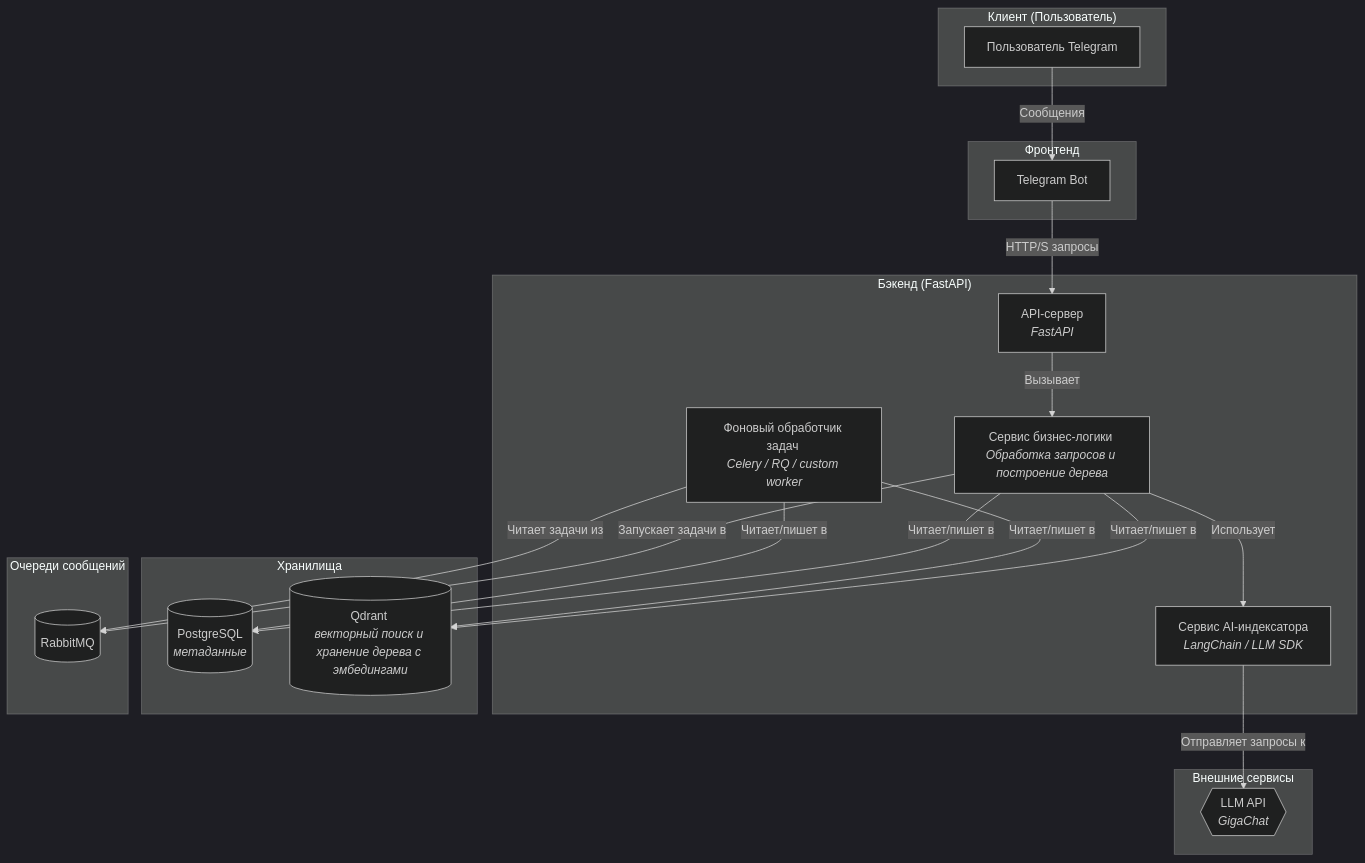
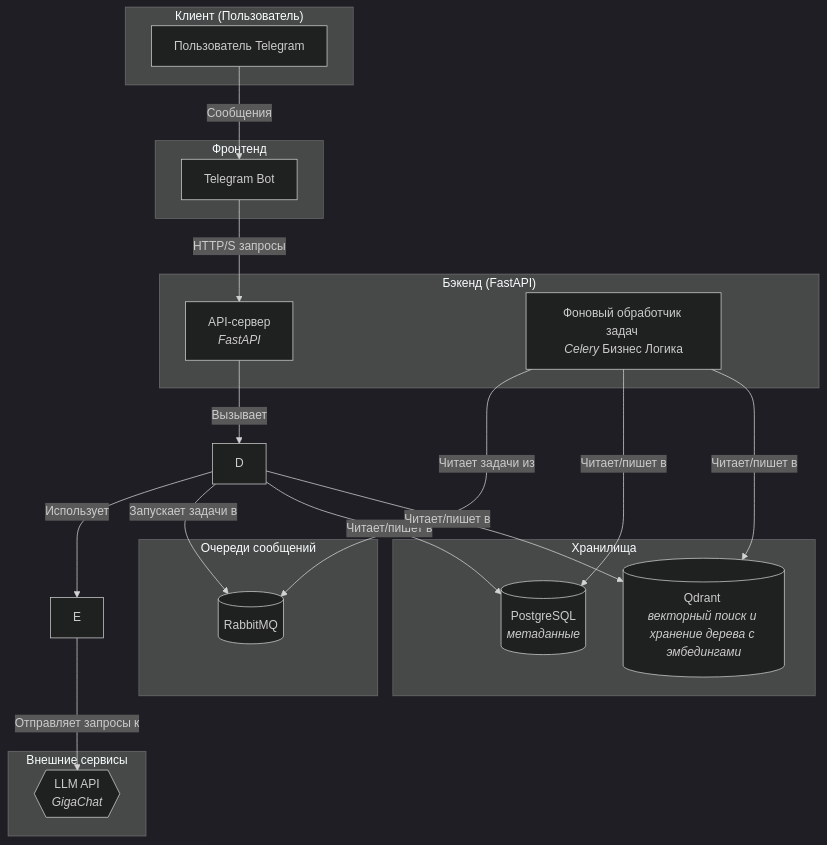
The diagram in Анастасия_Друзьянова/architect.MD (patolog123/Analyst-3.0), drawn with Mermaid (dark theme) before and after one commit.

````diff
--- a/Анастасия_Друзьянова/architect.MD
+++ b/Анастасия_Друзьянова/architect.MD
@@ -1,43 +1,41 @@
 ```mermaid
 graph TD
     subgraph "Клиент (Пользователь)"
         A[Пользователь Telegram]
     end
 
     subgraph "Фронтенд"
         B[Telegram Bot]
     end
 
     subgraph "Бэкенд (FastAPI)"
         C[API-сервер <br><i>FastAPI</i>]
-        D[Сервис бизнес-логики <br><i>Обработка запросов и построение дерева</i>]
-        E[Сервис AI-индексатора <br><i>LangChain / LLM SDK</i>]
-        F[Фоновый обработчик задач <br><i>Celery / RQ / custom worker</i>]
+        F[Фоновый обработчик задач <br><i>Celery</i> Бизнес Логика]
     end
 
     subgraph "Хранилища"
         G[(PostgreSQL <br><i>метаданные</i>)]
         I[(Qdrant <br><i>векторный поиск и хранение дерева с эмбедингами</i>)]
     end
     
     subgraph "Очереди сообщений"
         J[(RabbitMQ)]
     end
 
     subgraph "Внешние сервисы"
         H{{LLM API <br><i>GigaChat</i>}}
     end
 
     %% Связи между компонентами
     A -- Сообщения --> B
     B -- HTTP/S запросы --> C
     C -- Вызывает --> D
     D -- Использует --> E
     D -- Запускает задачи в --> J
     F -- Читает задачи из --> J
     D -- Читает/пишет в --> G
     D -- Читает/пишет в --> I
     F -- Читает/пишет в --> G
     F -- Читает/пишет в --> I
     E -- Отправляет запросы к --> H
 ```
````
